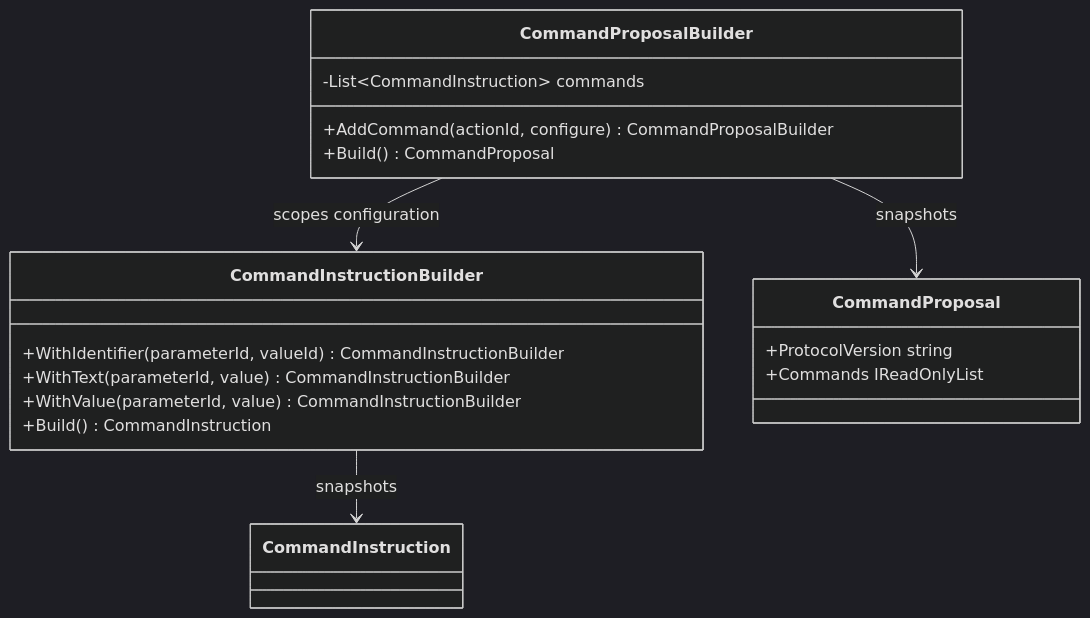
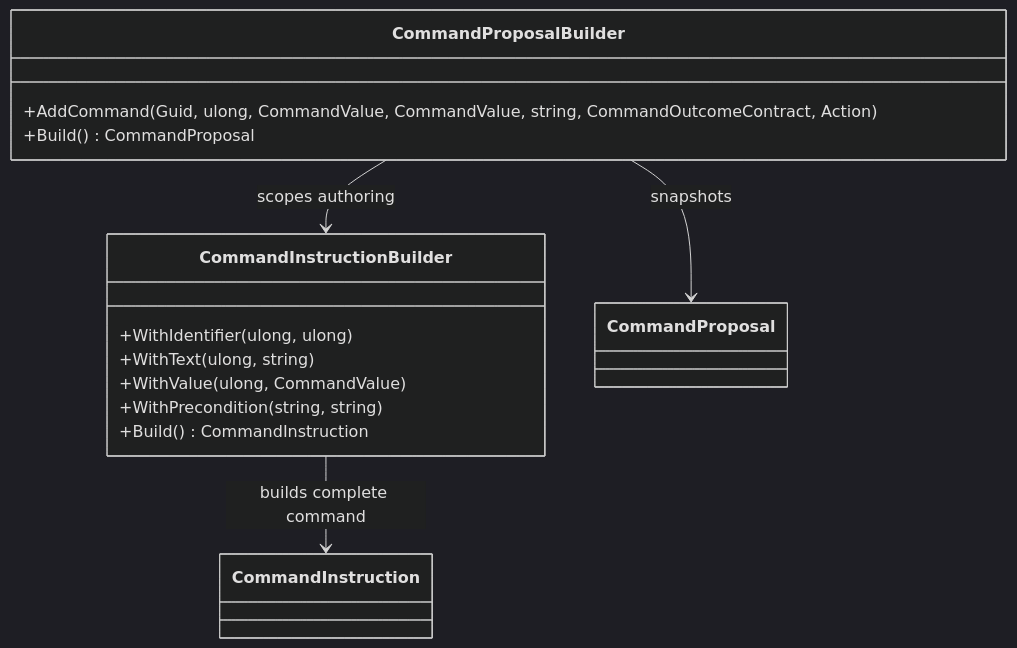
Before and after one commit to TrentBest/TheSingularityWorkshop.CommandAi: the diagram in docs/UML/CommandProposalBuilderUML.md, drawn with Mermaid (dark theme). The commit also changed other lines of this file, not shown here.

Commit message:
Update proposal builder UML with complete required metadata

````diff
--- a/docs/UML/CommandProposalBuilderUML.md
+++ b/docs/UML/CommandProposalBuilderUML.md
@@ -8,21 +6,17 @@
-```mermaid
+~~~mermaid
 classDiagram
-    class CommandProposalBuilder {
-      -List~CommandInstruction~ commands
-      +AddCommand(actionId, configure) CommandProposalBuilder
-      +Build() CommandProposal
-    }
-    class CommandInstructionBuilder {
-      +WithIdentifier(parameterId, valueId) CommandInstructionBuilder
-      +WithText(parameterId, value) CommandInstructionBuilder
-      +WithValue(parameterId, value) CommandInstructionBuilder
-      +Build() CommandInstruction
-    }
-    class CommandProposal {
-      +ProtocolVersion string
-      +Commands IReadOnlyList
-    }
-    CommandProposalBuilder --> CommandInstructionBuilder : scopes configuration
-    CommandProposalBuilder --> CommandProposal : snapshots
-    CommandInstructionBuilder --> CommandInstruction : snapshots
-```
+  class CommandProposalBuilder {
+    +AddCommand(Guid, ulong, CommandValue, CommandValue, string, CommandOutcomeContract, Action)
+    +Build() CommandProposal
+  }
+  class CommandInstructionBuilder {
+    +WithIdentifier(ulong, ulong)
+    +WithText(ulong, string)
+    +WithValue(ulong, CommandValue)
+    +WithPrecondition(string, string)
+    +Build() CommandInstruction
+  }
+  CommandProposalBuilder --> CommandInstructionBuilder : scopes authoring
+  CommandProposalBuilder --> CommandProposal : snapshots
+  CommandInstructionBuilder --> CommandInstruction : builds complete command
+~~~
````
